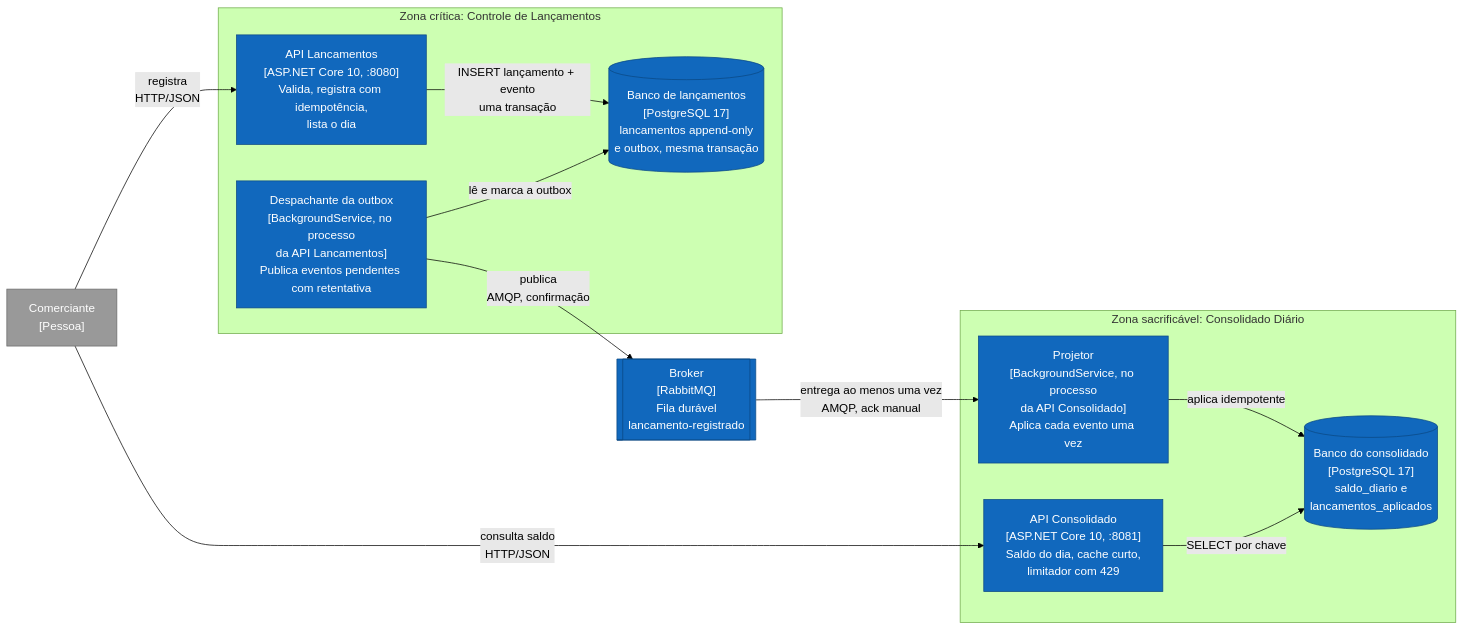
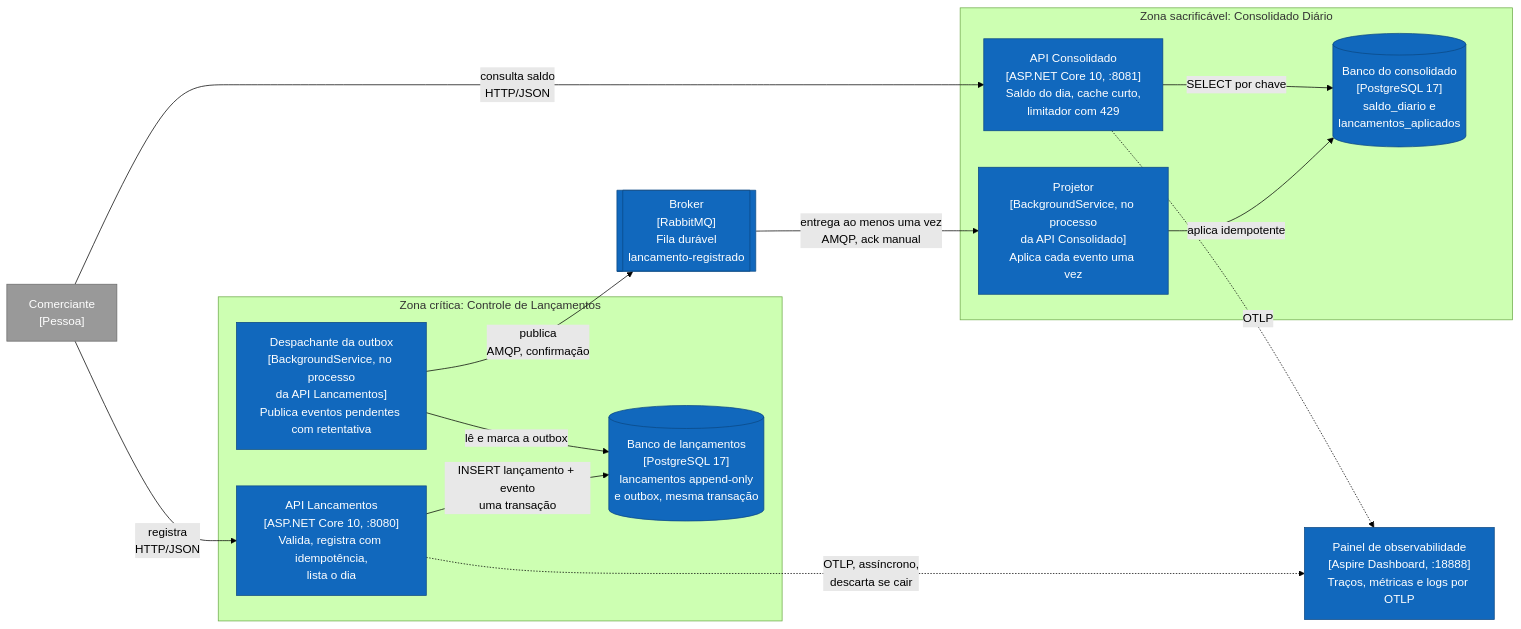
Before and after one commit to eduardojnet/caixaDiario: the diagram in docs/diagrams/c2-conteineres.md, drawn with Mermaid (forest theme). The commit also changed other lines of this file and 6 other files, not shown here.

Commit message:
docs: ADR-0003 de observabilidade e documentacao do painel

````diff
--- a/docs/diagrams/c2-conteineres.md
+++ b/docs/diagrams/c2-conteineres.md
@@ -5,31 +5,35 @@
 ```mermaid
 flowchart LR
     comerciante["Comerciante<br/>[Pessoa]"]:::externo
 
     subgraph critico["Zona crítica: Controle de Lançamentos"]
         lapi["API Lancamentos<br/>[ASP.NET Core 10, :8080]<br/>Valida, registra com idempotência,<br/>lista o dia"]:::impl
         desp["Despachante da outbox<br/>[BackgroundService, no processo<br/>da API Lancamentos]<br/>Publica eventos pendentes com retentativa"]:::impl
         ldb[("Banco de lançamentos<br/>[PostgreSQL 17]<br/>lancamentos append-only<br/>e outbox, mesma transação")]:::impl
     end
 
     broker[["Broker<br/>[RabbitMQ]<br/>Fila durável<br/>lancamento-registrado"]]:::impl
 
     subgraph sacrificavel["Zona sacrificável: Consolidado Diário"]
         proj["Projetor<br/>[BackgroundService, no processo<br/>da API Consolidado]<br/>Aplica cada evento uma vez"]:::impl
         capi["API Consolidado<br/>[ASP.NET Core 10, :8081]<br/>Saldo do dia, cache curto,<br/>limitador com 429"]:::impl
         cdb[("Banco do consolidado<br/>[PostgreSQL 17]<br/>saldo_diario e<br/>lancamentos_aplicados")]:::impl
     end
 
+    painel["Painel de observabilidade<br/>[Aspire Dashboard, :18888]<br/>Traços, métricas e logs por OTLP"]:::impl
+
     comerciante -->|"registra<br/>HTTP/JSON"| lapi
     comerciante -->|"consulta saldo<br/>HTTP/JSON"| capi
     lapi -->|"INSERT lançamento + evento<br/>uma transação"| ldb
     desp -->|"lê e marca a outbox"| ldb
     desp -->|"publica<br/>AMQP, confirmação"| broker
     broker -->|"entrega ao menos uma vez<br/>AMQP, ack manual"| proj
     proj -->|"aplica idempotente"| cdb
     capi -->|"SELECT por chave"| cdb
+    lapi -.->|"OTLP, assíncrono,<br/>descarta se cair"| painel
+    capi -.->|"OTLP"| painel
 
     classDef externo fill:#999999,stroke:#6b6b6b,color:#fff
     classDef impl fill:#1168bd,stroke:#0b4884,color:#fff
     classDef espec fill:#ffffff,stroke:#6b6b6b,color:#333,stroke-dasharray:5 5
 ```
````
